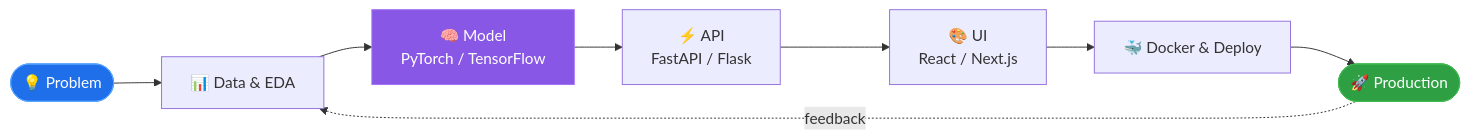
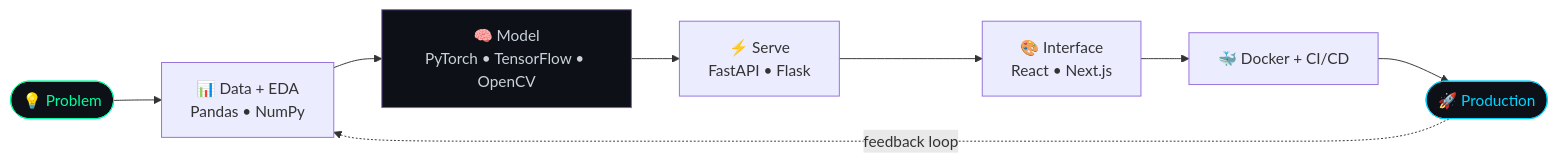
Before and after one commit to VARUN1128/VARUN1128: the first of 2 diagrams in README.md, drawn with Mermaid. The commit also changed other lines of this file, not shown here.

````diff
--- a/README.md
+++ b/README.md
@@ -86,14 +77,14 @@
 ```mermaid
 flowchart LR
-    A([💡 Problem]) --> B[📊 Data & EDA]
-    B --> C[🧠 Model<br/>PyTorch / TensorFlow]
-    C --> D[⚡ API<br/>FastAPI / Flask]
-    D --> E[🎨 UI<br/>React / Next.js]
-    E --> F[🐳 Docker & Deploy]
-    F --> G([🚀 Production])
-    G -.feedback.-> B
+    A(["💡 Problem"]) --> B["📊 Data + EDA<br/>Pandas • NumPy"]
+    B --> C["🧠 Model<br/>PyTorch • TensorFlow • OpenCV"]
+    C --> D["⚡ Serve<br/>FastAPI • Flask"]
+    D --> E["🎨 Interface<br/>React • Next.js"]
+    E --> F["🐳 Docker + CI/CD"]
+    F --> G(["🚀 Production"])
+    G -. "feedback loop" .-> B
 
-    style A fill:#1f6feb,stroke:#58a6ff,color:#fff
-    style G fill:#2ea043,stroke:#3fb950,color:#fff
-    style C fill:#8957e5,stroke:#a371f7,color:#fff
+    style A fill:#0d1117,stroke:#00ff9c,color:#00ff9c
+    style C fill:#0d1117,stroke:#8957e5,color:#c9d1d9
+    style G fill:#0d1117,stroke:#00d4ff,color:#00d4ff
 ```
````
